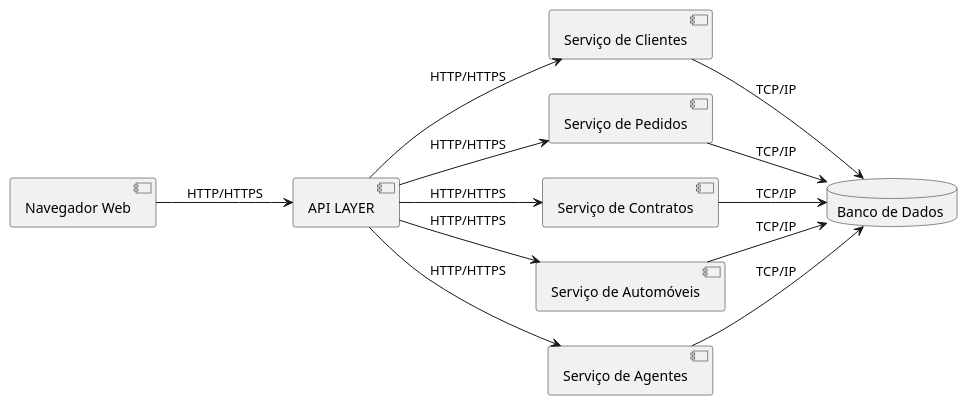
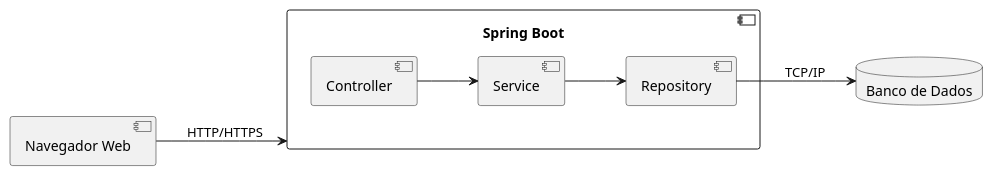
The diagram in projeto/DiagramaDeComponentes.puml (Salomao0tavio/AlugueisCarros), drawn with PlantUML before and after one commit. The commit also changed 1 other file, not shown here.

Commit message:
add bp Implantacao and fix bp componentes

```diff
--- a/projeto/DiagramaDeComponentes.puml
+++ b/projeto/DiagramaDeComponentes.puml
@@ -1,32 +1,20 @@
 @startuml
 left to right direction
 
 ' Definição dos componentes
 component "Navegador Web" as navegador
-component "API LAYER" as servico_central
+component "Spring Boot" as spring {
+    component "Controller" as controller
+    component "Service" as service
+    component "Repository" as repository
+}
 
-component "Serviço de Clientes" as servico_clientes
-component "Serviço de Pedidos" as servico_pedidos
-component "Serviço de Contratos" as servico_contratos
-component "Serviço de Automóveis" as servico_automoveis
-component "Serviço de Agentes" as servico_agentes
+database "Banco de Dados" as banco_dados
 
-database "Banco de Dados " as banco_dados
-
-' Conexões entre componentes
-navegador --> servico_central : HTTP/HTTPS
-
-servico_central --> servico_clientes : HTTP/HTTPS
-servico_central --> servico_pedidos : HTTP/HTTPS
-servico_central --> servico_contratos : HTTP/HTTPS
-servico_central --> servico_automoveis : HTTP/HTTPS
-servico_central --> servico_agentes : HTTP/HTTPS
-
-' Comunicação dos serviços com o banco de dados via TCP/IP
-servico_clientes --> banco_dados : TCP/IP
-servico_pedidos --> banco_dados : TCP/IP
-servico_contratos --> banco_dados : TCP/IP
-servico_automoveis --> banco_dados : TCP/IP
-servico_agentes --> banco_dados : TCP/IP
+' Conexões entre os componentes
+navegador --> spring : HTTP/HTTPS
+controller --> service 
+service --> repository 
+repository --> banco_dados : TCP/IP
 
 @enduml
```
